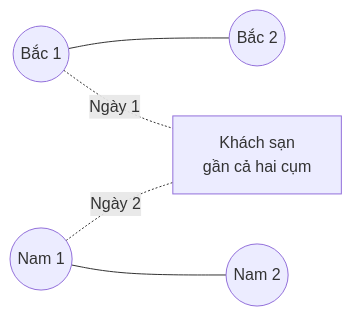
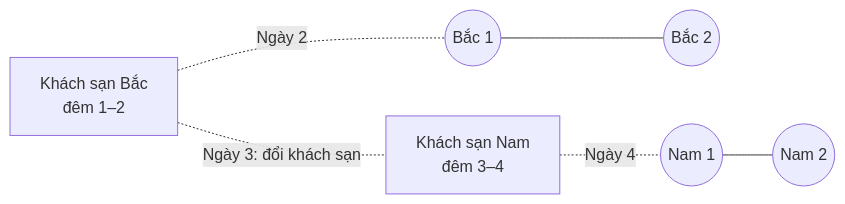
One commit to NguyenNhat4/Travel-Recommend-System changed the second of 3 diagrams in docs/spec/agent/nghiep-vu/xep-lich.md. Above: the diagram before and after it, drawn with Mermaid. The commit also changed other lines of this file and 43 other files, not shown here.

First line of the commit message:
feat(agent): tối ưu quãng đường nhiều khách sạn, chọn theo ngân sách, kèm phương án khác (AC-AGT-04)

````diff
--- a/docs/spec/agent/nghiep-vu/xep-lich.md
+++ b/docs/spec/agent/nghiep-vu/xep-lich.md
@@ -67,8 +111,8 @@
 ```mermaid
 flowchart LR
-    A1((Bắc 1)) --- A2((Bắc 2))
-    B1((Nam 1)) --- B2((Nam 2))
-    H[Khách sạn<br/>gần cả hai cụm]
-    A1 -.Ngày 1.- H
-    B1 -.Ngày 2.- H
+    N1((Bắc 1)) --- N2((Bắc 2))
+    S1((Nam 1)) --- S2((Nam 2))
+    HN[Khách sạn Bắc<br/>đêm 1–2] -.Ngày 2.- N1
+    HS[Khách sạn Nam<br/>đêm 3–4] -.Ngày 4.- S1
+    HN -.Ngày 3: đổi khách sạn.- HS
 ```
````
